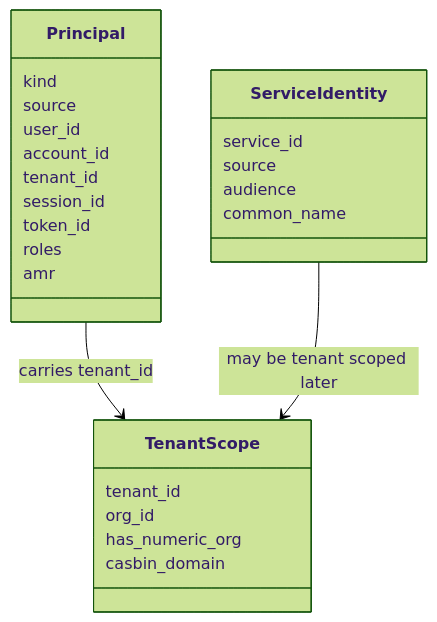
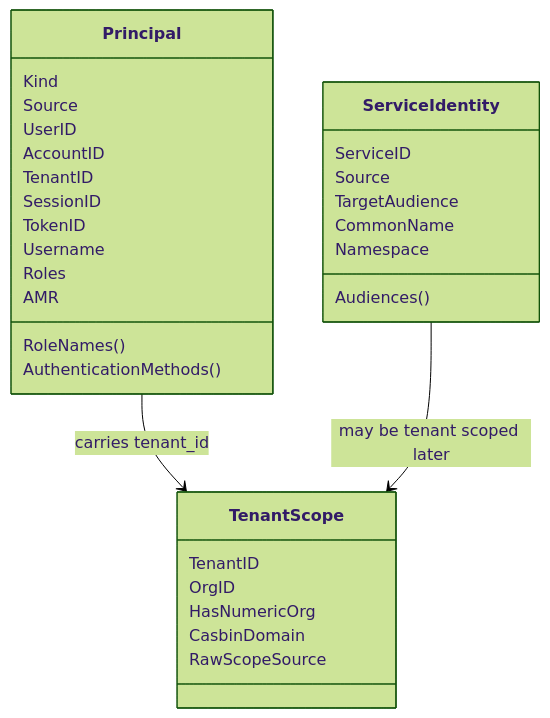
One commit to FangcunMount/qs-server changed the first of 4 diagrams in docs/03-基础设施/security/01-Principal与TenantScope.md. Above: the diagram before and after it, drawn with Mermaid (forest theme). The commit also changed other lines of this file and 6 other files, not shown here.

````diff
--- a/docs/03-基础设施/security/01-Principal与TenantScope.md
+++ b/docs/03-基础设施/security/01-Principal与TenantScope.md
@@ -15,31 +67,37 @@
 ```mermaid
 classDiagram
     class Principal {
-        kind
-        source
-        user_id
-        account_id
-        tenant_id
-        session_id
-        token_id
-        roles
-        amr
+        Kind
+        Source
+        UserID
+        AccountID
+        TenantID
+        SessionID
+        TokenID
+        Username
+        Roles
+        AMR
+        RoleNames()
+        AuthenticationMethods()
     }
 
     class TenantScope {
-        tenant_id
-        org_id
-        has_numeric_org
-        casbin_domain
+        TenantID
+        OrgID
+        HasNumericOrg
+        CasbinDomain
+        RawScopeSource
     }
 
     class ServiceIdentity {
-        service_id
-        source
-        audience
-        common_name
+        ServiceID
+        Source
+        TargetAudience
+        CommonName
+        Namespace
+        Audiences()
     }
 
     Principal --> TenantScope : carries tenant_id
     ServiceIdentity --> TenantScope : may be tenant scoped later
 ```
````
